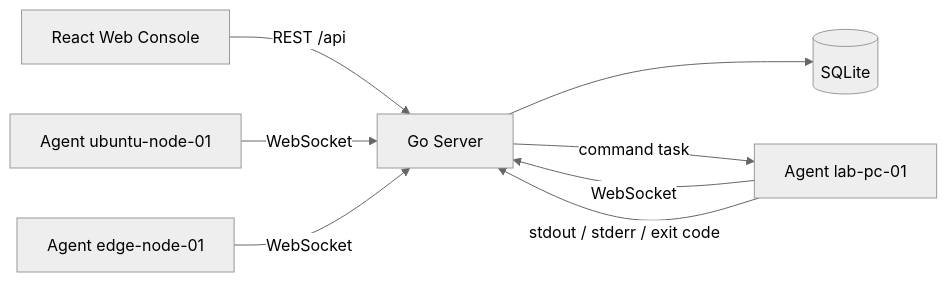
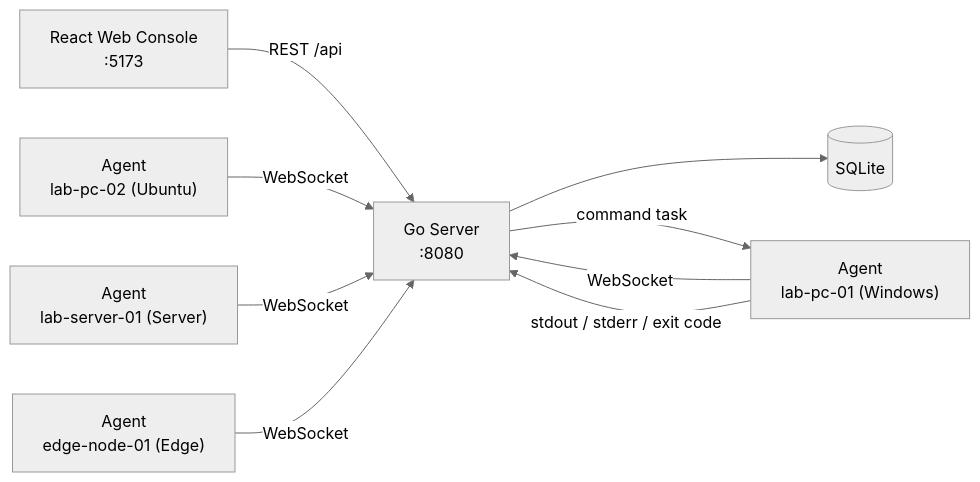
One commit to cowhorse05/LabOps changed the diagram in README.md. Above: the diagram before and after it, drawn with Mermaid (neutral theme). The commit also changed other lines of this file and 4 other files, not shown here.

````diff
--- a/README.md
+++ b/README.md
@@ -48,10 +90,11 @@
 ```mermaid
 flowchart LR
-  Web["React Web Console"] -->|REST /api| Server["Go Server"]
-  Agent1["Agent lab-pc-01"] -->|WebSocket| Server
-  Agent2["Agent ubuntu-node-01"] -->|WebSocket| Server
-  Agent3["Agent edge-node-01"] -->|WebSocket| Server
-  Server --> SQLite[("SQLite")]
-  Server -->|command task| Agent1
-  Agent1 -->|stdout / stderr / exit code| Server
+    Web["React Web Console<br/>:5173"] -->|REST /api| Server["Go Server<br/>:8080"]
+    Agent1["Agent<br/>lab-pc-01 (Windows)"] -->|WebSocket| Server
+    Agent2["Agent<br/>lab-pc-02 (Ubuntu)"] -->|WebSocket| Server
+    Agent3["Agent<br/>lab-server-01 (Server)"] -->|WebSocket| Server
+    Agent4["Agent<br/>edge-node-01 (Edge)"] -->|WebSocket| Server
+    Server --> SQLite[("SQLite")]
+    Server -->|command task| Agent1
+    Agent1 -->|stdout / stderr / exit code| Server
 ```
````
